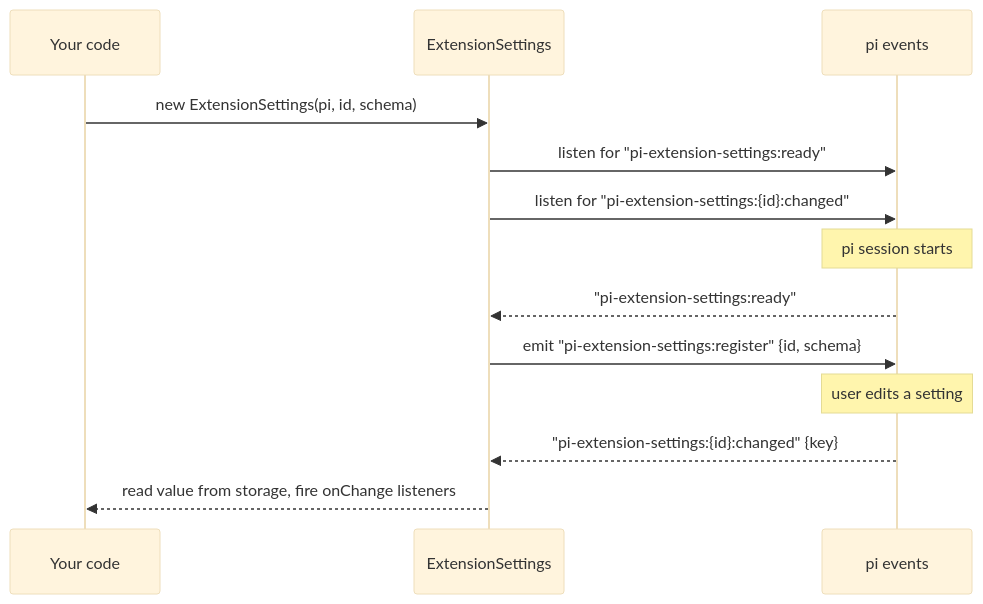
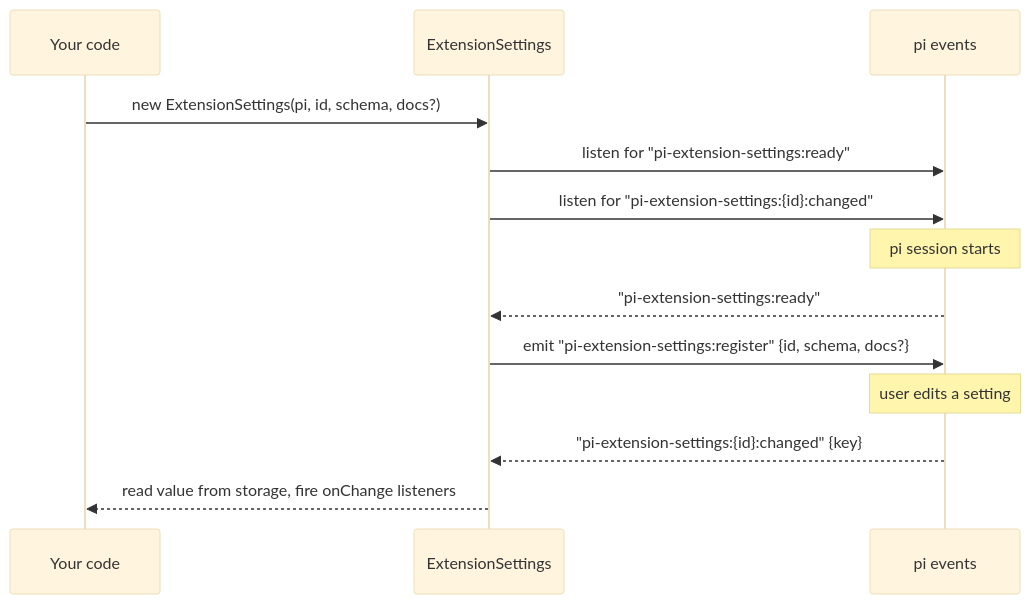
Before and after one commit to axnic/pi-extension-settings: the second of 3 diagrams in sdk/docs/concepts/extension-settings.md, drawn with Mermaid (base theme). The commit also changed other lines of this file and 1 other file, not shown here.

First line of the commit message:
feat(sdk): Add optional documentation param to ExtensionSettings constructor

````diff
--- a/sdk/docs/concepts/extension-settings.md
+++ b/sdk/docs/concepts/extension-settings.md
@@ -61,16 +78,16 @@
 ```mermaid
 sequenceDiagram
     participant C as Your code
     participant ES as ExtensionSettings
     participant P as pi events
 
-    C->>ES: new ExtensionSettings(pi, id, schema)
+    C->>ES: new ExtensionSettings(pi, id, schema, docs?)
     ES->>P: listen for "pi-extension-settings:ready"
     ES->>P: listen for "pi-extension-settings:{id}:changed"
     Note over P: pi session starts
     P-->>ES: "pi-extension-settings:ready"
-    ES->>P: emit "pi-extension-settings:register" {id, schema}
+    ES->>P: emit "pi-extension-settings:register" {id, schema, docs?}
     Note over P: user edits a setting
     P-->>ES: "pi-extension-settings:{id}:changed" {key}
     ES-->>C: read value from storage, fire onChange listeners
 ```
````
